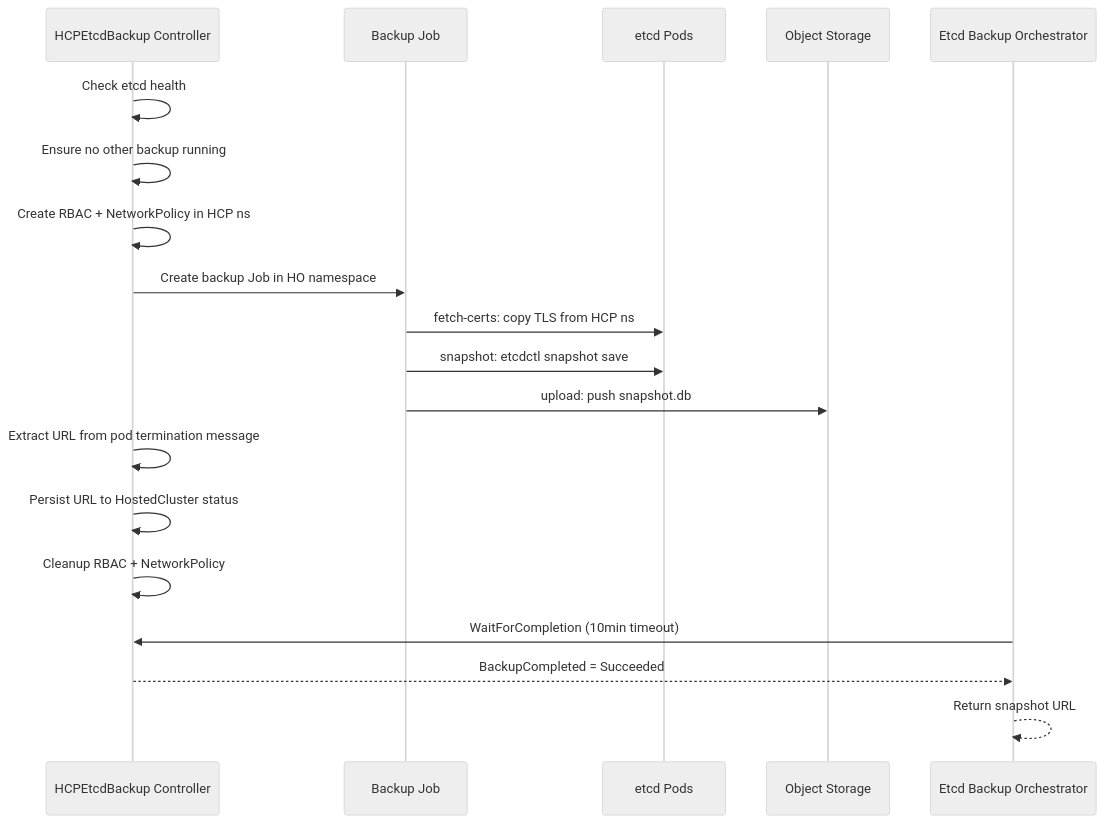
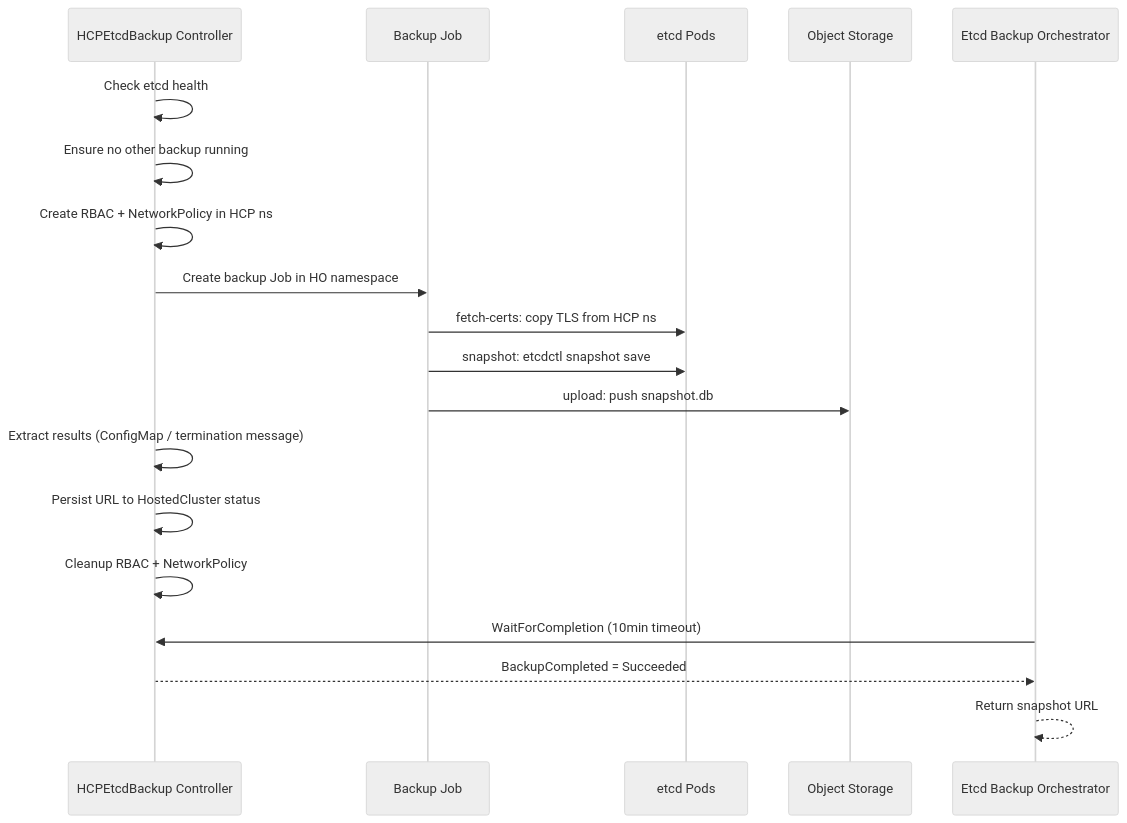
One commit to openshift/hypershift changed the second of 4 diagrams in docs/content/how-to/disaster-recovery/methods/etcd-snapshot/backup-flow.md. Above: the diagram before and after it, drawn with Mermaid (neutral theme). The commit also changed other lines of this file and 2 other files, not shown here.

First line of the commit message:
docs: document the ConfigMap result channel for shard backups

````diff
--- a/docs/content/how-to/disaster-recovery/methods/etcd-snapshot/backup-flow.md
+++ b/docs/content/how-to/disaster-recovery/methods/etcd-snapshot/backup-flow.md
@@ -45,25 +45,25 @@
     ```mermaid
     sequenceDiagram
         participant HO as HCPEtcdBackup Controller
         participant Job as Backup Job
         participant etcd as etcd Pods
         participant S3 as Object Storage
         participant Orch as Etcd Backup Orchestrator
 
         HO->>HO: Check etcd health
         HO->>HO: Ensure no other backup running
         HO->>HO: Create RBAC + NetworkPolicy in HCP ns
         HO->>Job: Create backup Job in HO namespace
 
         Job->>etcd: fetch-certs: copy TLS from HCP ns
         Job->>etcd: snapshot: etcdctl snapshot save
         Job->>S3: upload: push snapshot.db
 
-        HO->>HO: Extract URL from pod termination message
+        HO->>HO: Extract results (ConfigMap / termination message)
         HO->>HO: Persist URL to HostedCluster status
         HO->>HO: Cleanup RBAC + NetworkPolicy
 
         Orch->>HO: WaitForCompletion (10min timeout)
         HO-->>Orch: BackupCompleted = Succeeded
         Orch-->>Orch: Return snapshot URL
     ```
````
